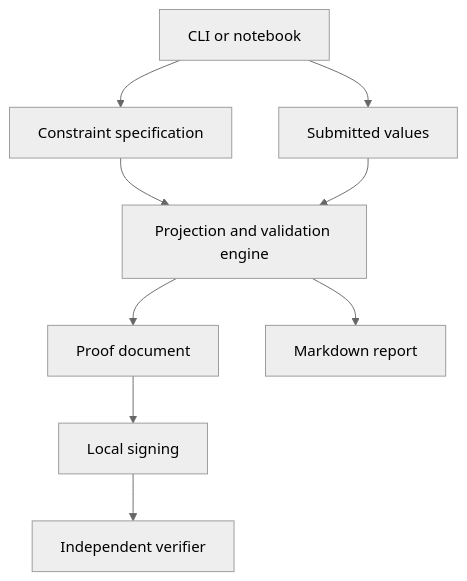
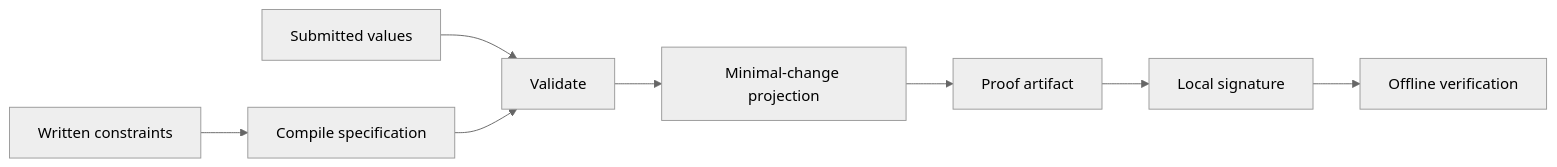
One commit to FlorianStuettgen/EQ-Proof changed the diagram in README.md. Above: the diagram before and after it, drawn with Mermaid (neutral theme). The commit also changed other lines of this file, not shown here.

Commit message:
docs: lead README with proof dashboard

````diff
--- a/README.md
+++ b/README.md
@@ -159,11 +57,10 @@
 ```mermaid
-flowchart TB
-    CLI[CLI or notebook] --> SPEC[Constraint specification]
-    CLI --> INPUT[Submitted values]
-    SPEC --> ENGINE[Projection and validation engine]
-    INPUT --> ENGINE
-    ENGINE --> PROOF[Proof document]
-    ENGINE --> REPORT[Markdown report]
-    PROOF --> SIGN[Local signing]
-    SIGN --> VERIFY[Independent verifier]
+flowchart LR
+    SPEC[Written constraints] --> COMPILE[Compile specification]
+    INPUT[Submitted values] --> CHECK[Validate]
+    COMPILE --> CHECK
+    CHECK --> REPAIR[Minimal-change projection]
+    REPAIR --> PROOF[Proof artifact]
+    PROOF --> SIGN[Local signature]
+    SIGN --> VERIFY[Offline verification]
 ```
````
